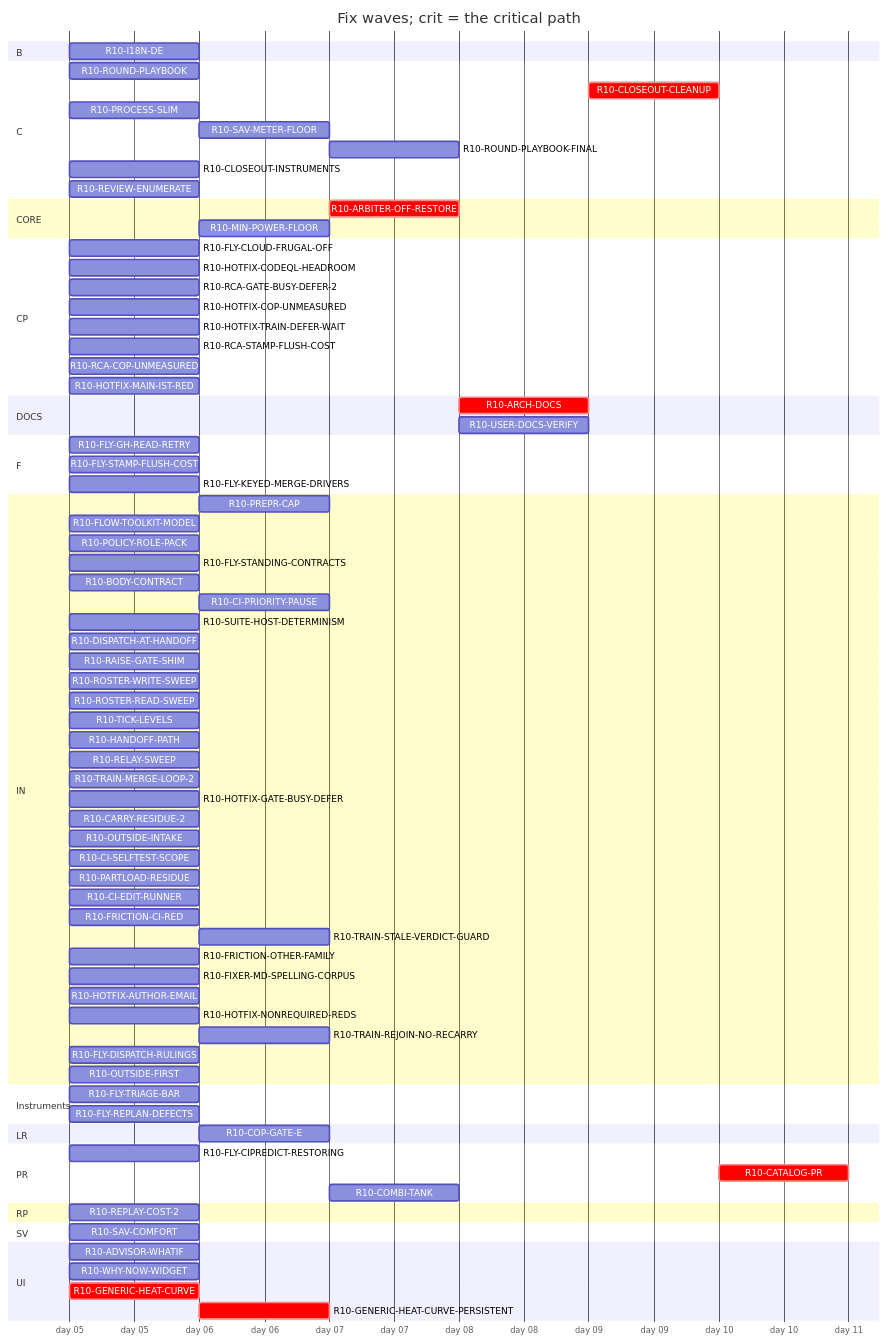
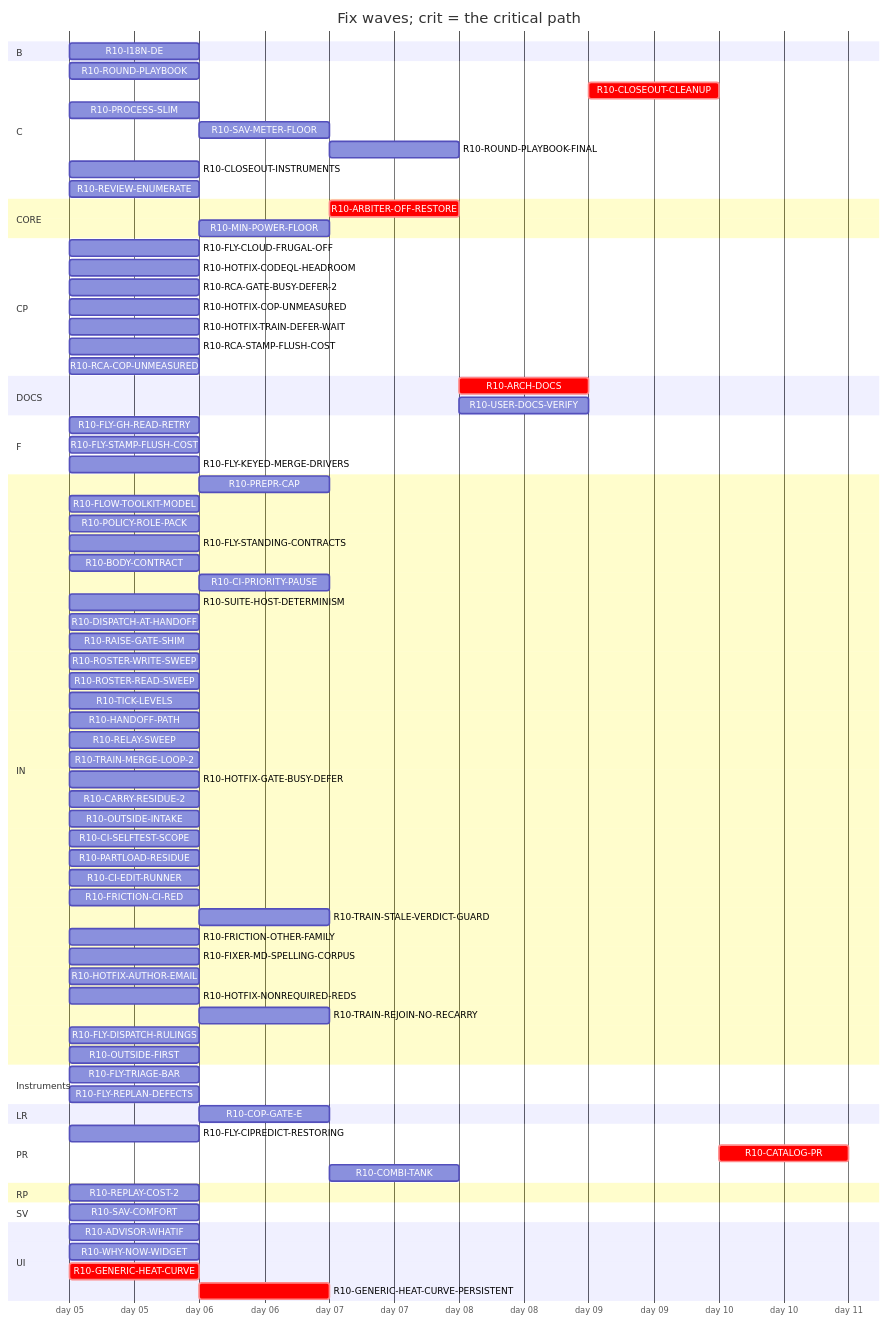
Before and after one commit to tvofi/heatpump_optimizer: the diagram in handoff/round10/state/PLAN-TABLE.md, drawn with Mermaid. The commit also changed other lines of this file and 3 other files, not shown here.

Commit message:
state: FLOW-BOARD.md, NEXT-SESSION-PROMPT.md, PLAN-TABLE.md, RESUME-CURRENT.md regenerated (state_docs.py)

```diff
--- a/handoff/round10/state/PLAN-TABLE.md
+++ b/handoff/round10/state/PLAN-TABLE.md
@@ -49,7 +49,6 @@
     R10-HOTFIX-TRAIN-DEFER-WAIT :r10HOTFIXTRAINDEFERWAIT, 2026-01-05, 1d
     R10-RCA-STAMP-FLUSH-COST :r10RCASTAMPFLUSHCOST, 2026-01-05, 1d
     R10-RCA-COP-UNMEASURED :r10RCACOPUNMEASURED, 2026-01-05, 1d
-    R10-HOTFIX-MAIN-IST-RED :r10HOTFIXMAINISTRED, 2026-01-05, 1d
   section DOCS
     R10-ARCH-DOCS :crit, r10ARCHDOCS, after r10SAVCOMFORT r10WHYNOWWIDGET r10ADVISORWHATIF r10PREPRCAP r10HANDOFFPATH r10RELAYSWEEP r10DISPATCHATHANDOFF r10BODYCONTRACT r10TICKLEVELS r10CIPRIORITYPAUSE r10ROSTERWRITESWEEP r10ROSTERREADSWEEP r10FLYSTANDINGCONTRACTS r10POLICYROLEPACK r10FLOWTOOLKITMODEL r10FLYCIPREDICTRESTORING r10RAISEGATESHIM r10FLYGHREADRETRY r10SUITEHOSTDETERMINISM r10PROCESSSLIM r10SAVMETERFLOOR r10HOTFIXCOPUNMEASURED r10COPGATEE r10PARTLOADRESIDUE r10I18NDE r10GENERICHEATCURVE r10GENERICHEATCURVEPERSISTENT r10ARBITEROFFRESTORE r10TRAINMERGELOOP2 r10HOTFIXGATEBUSYDEFER r10CARRYRESIDUE2 r10REPLAYCOST2 r10HOTFIXCODEQLHEADROOM r10OUTSIDEINTAKE r10FLYSTAMPFLUSHCOST r10HOTFIXTRAINDEFERWAIT r10CISELFTESTSCOPE r10CIEDITRUNNER r10TRAINSTALEVERDICTGUARD r10COMBITANK r10CLOSEOUTINSTRUMENTS r10MINPOWERFLOOR r10ROUNDPLAYBOOK r10RCAGATEBUSYDEFER2 r10FRICTIONCIRED r10FRICTIONOTHERFAMILY r10RCASTAMPFLUSHCOST r10RCACOPUNMEASURED, 1d
     R10-USER-DOCS-VERIFY :r10USERDOCSVERIFY, after r10SAVCOMFORT r10WHYNOWWIDGET r10ADVISORWHATIF r10SAVMETERFLOOR r10HOTFIXCOPUNMEASURED r10COPGATEE r10PARTLOADRESIDUE r10I18NDE r10GENERICHEATCURVE r10GENERICHEATCURVEPERSISTENT r10ARBITEROFFRESTORE r10COMBITANK r10MINPOWERFLOOR, 1d
```
